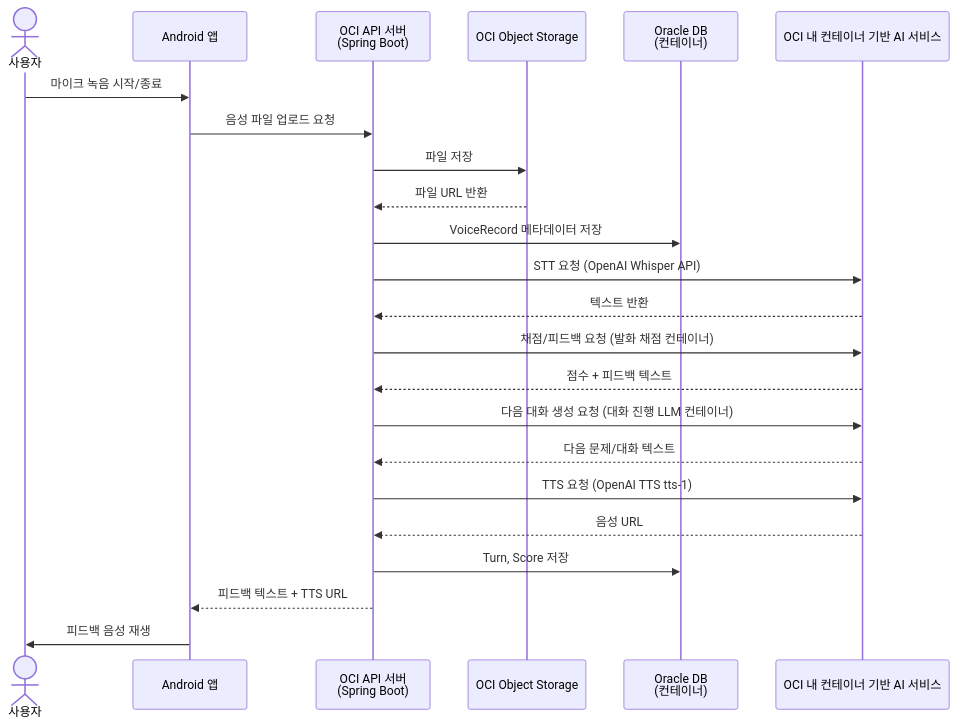
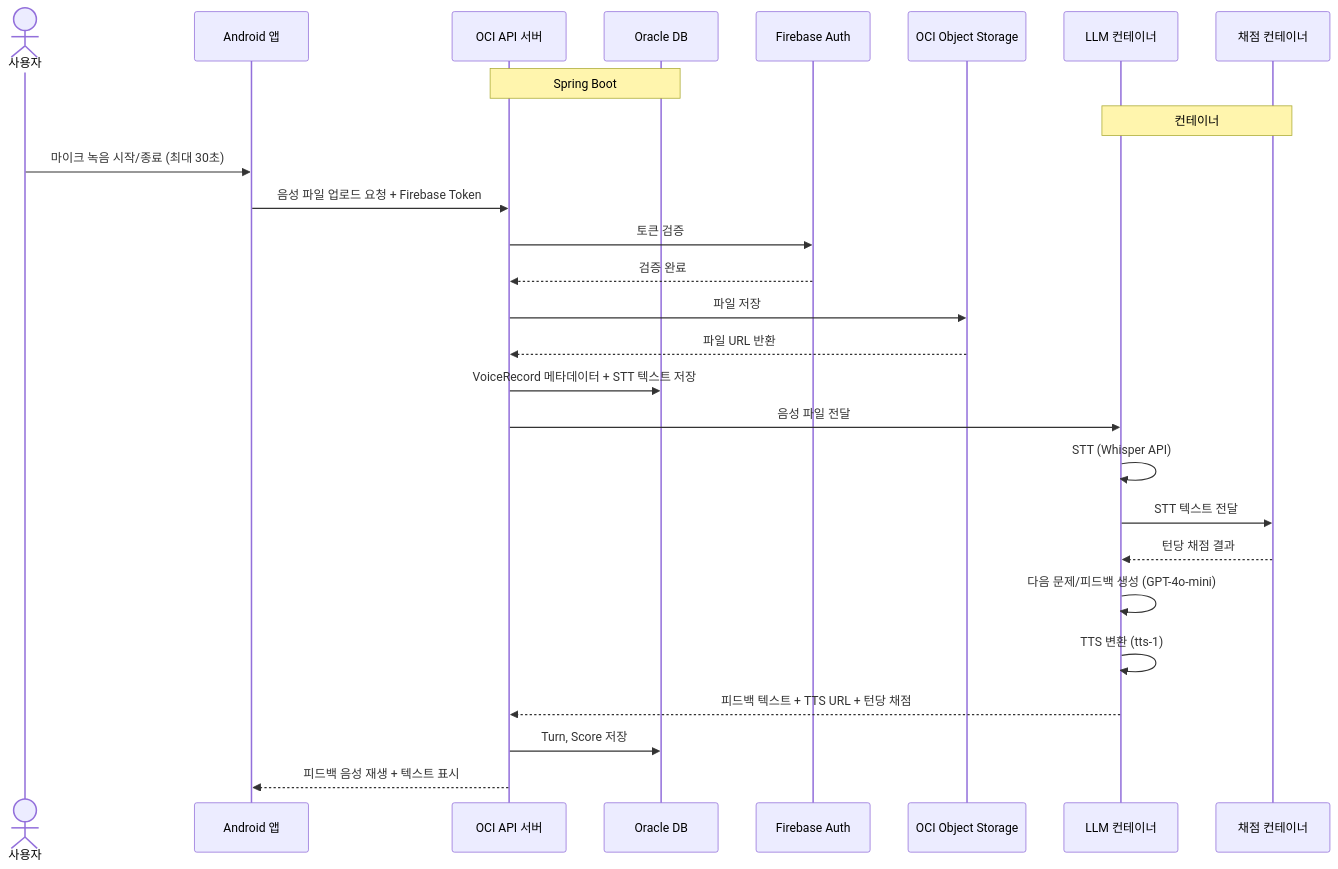
The second of 2 diagrams in 01_Software_Requirements_Specification.md (2026SeSAC-Oracle-Team2/Documentations), drawn with Mermaid before and after one commit. The commit also changed other lines of this file and 7 other files, not shown here.

````diff
--- a/01_Software_Requirements_Specification.md
+++ b/01_Software_Requirements_Specification.md
@@ -230,26 +407,30 @@
 ```mermaid
 sequenceDiagram
     actor U as 사용자
     participant A as Android 앱
-    participant API as OCI API 서버<br/>(Spring Boot)
+    participant API as OCI API 서버
+Note over API,DB: Spring Boot
+    participant F as Firebase Auth
     participant O as OCI Object Storage
-    participant DB as Oracle DB<br/>(컨테이너)
-    participant AI as OCI 내 컨테이너 기반 AI 서비스
+    participant DB as Oracle DB
+Note over LLM,SCORE: 컨테이너
+    participant LLM as LLM 컨테이너
+    participant SCORE as 채점 컨테이너
 
-    U->>A: 마이크 녹음 시작/종료
-    A->>API: 음성 파일 업로드 요청
+    U->>A: 마이크 녹음 시작/종료 (최대 30초)
+    A->>API: 음성 파일 업로드 요청 + Firebase Token
+    API->>F: 토큰 검증
+    F-->>API: 검증 완료
     API->>O: 파일 저장
     O-->>API: 파일 URL 반환
-    API->>DB: VoiceRecord 메타데이터 저장
-    API->>AI: STT 요청 (OpenAI Whisper API)
-    AI-->>API: 텍스트 반환
-    API->>AI: 채점/피드백 요청 (발화 채점 컨테이너)
-    AI-->>API: 점수 + 피드백 텍스트
-    API->>AI: 다음 대화 생성 요청 (대화 진행 LLM 컨테이너)
-    AI-->>API: 다음 문제/대화 텍스트
-    API->>AI: TTS 요청 (OpenAI TTS tts-1)
-    AI-->>API: 음성 URL
+    API->>DB: VoiceRecord 메타데이터 + STT 텍스트 저장
+    API->>LLM: 음성 파일 전달
+    LLM->>LLM: STT (Whisper API)
+    LLM->>SCORE: STT 텍스트 전달
+    SCORE-->>LLM: 턴당 채점 결과
+    LLM->>LLM: 다음 문제/피드백 생성 (GPT-4o-mini)
+    LLM->>LLM: TTS 변환 (tts-1)
+    LLM-->>API: 피드백 텍스트 + TTS URL + 턴당 채점
     API->>DB: Turn, Score 저장
-    API-->>A: 피드백 텍스트 + TTS URL
-    A->>U: 피드백 음성 재생
+    API-->>A: 피드백 음성 재생 + 텍스트 표시
 ```
````
